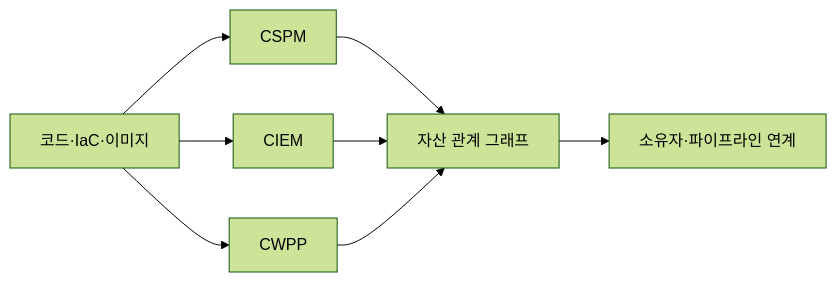
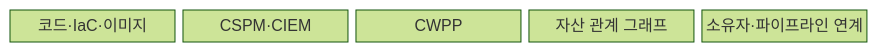
One commit to agnusdei1207/knowledge-base changed the first of 2 diagrams in src/content/docs/notes/05-security/073_cnapp.md. Above: the diagram before and after it, drawn with Mermaid (forest theme). The commit also changed other lines of this file and 4 other files, not shown here.

````diff
--- a/src/content/docs/notes/05-security/073_cnapp.md
+++ b/src/content/docs/notes/05-security/073_cnapp.md
@@ -62,10 +61,9 @@
 ```mermaid
-flowchart LR
-    A[코드·IaC·이미지] --> B[CSPM]
-    A --> C[CIEM]
-    A --> D[CWPP]
-    B --> E[자산 관계 그래프]
-    C --> E
-    D --> E
-    E --> F[소유자·파이프라인 연계]
+block-beta
+  columns 5
+  A["코드·IaC·이미지"]
+  B["CSPM·CIEM"]
+  C["CWPP"]
+  D["자산 관계 그래프"]
+  E["소유자·파이프라인 연계"]
 ```
````
